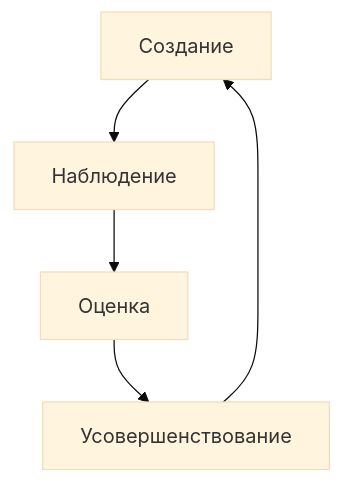
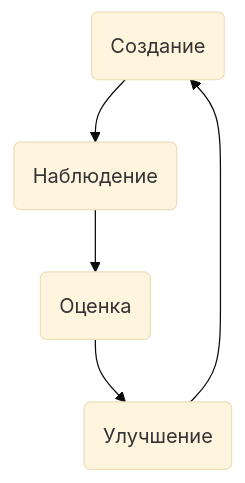
One commit to idealic-ai/docs changed the second of 2 diagrams in translations/ru/acts/106_concept_evolution.md. Above: the diagram before and after it, drawn with Mermaid (base theme). The commit also changed other lines of this file and 91 other files, not shown here.

````diff
--- a/translations/ru/acts/106_concept_evolution.md
+++ b/translations/ru/acts/106_concept_evolution.md
@@ -44,7 +44,7 @@
 ```mermaid
 graph TD
-    Create["Создание"] --> Observe["Наблюдение"]
-    Observe --> Evaluate["Оценка"]
-    Evaluate --> Refine["Усовершенствование"]
+    Create("Создание") --> Observe("Наблюдение")
+    Observe --> Evaluate("Оценка")
+    Evaluate --> Refine("Улучшение")
     Refine --> Create
 ```
````
